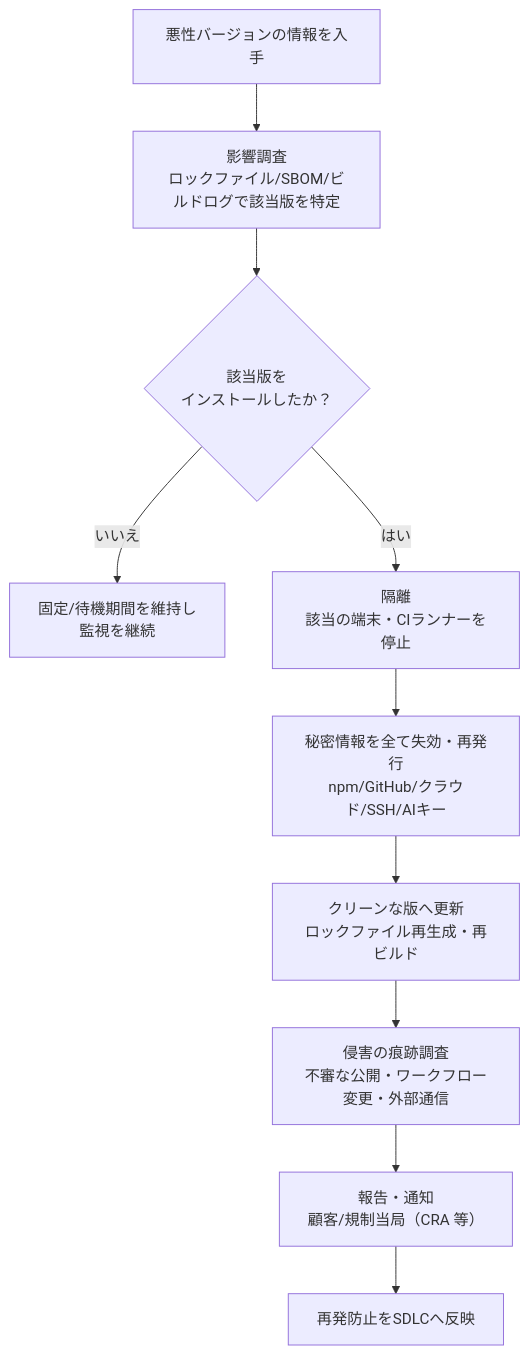
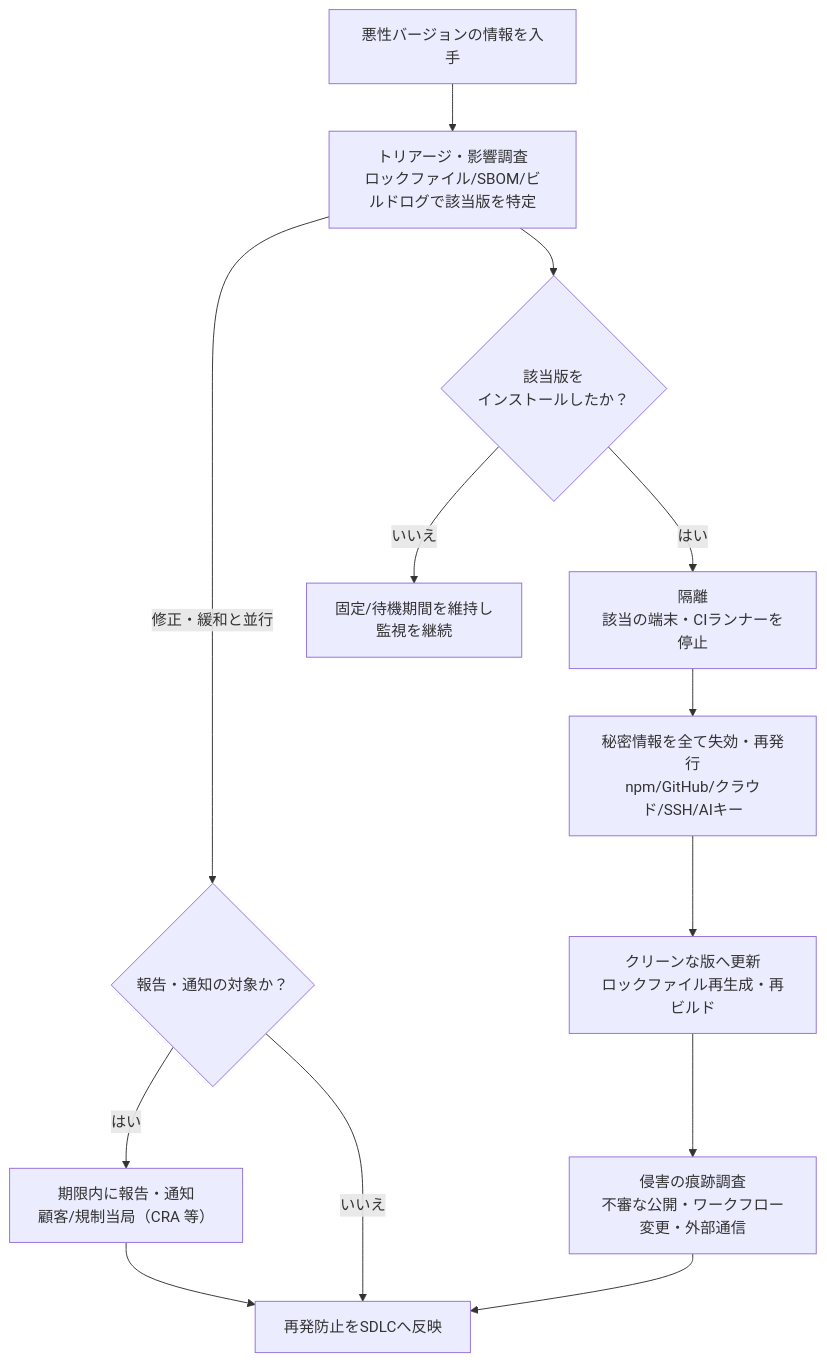
The ninth of 11 diagrams in Software-security-complete-guide-2026-11.md (myoshi2891/Security_Studies), drawn with Mermaid before and after one commit. The commit also changed other lines of this file, not shown here.

Commit message:
docs(software-security): clarify CRA reporting deadlines, NIST IR 8547 PQC timeline, and phishing-resistant MFA

````diff
--- a/Software-security-complete-guide-2026-11.md
+++ b/Software-security-complete-guide-2026-11.md
@@ -760,12 +769,15 @@
 ```mermaid
 flowchart TD
-    A["悪性バージョンの情報を入手"] --> B["影響調査<br/>ロックファイル/SBOM/ビルドログで該当版を特定"]
+    A["悪性バージョンの情報を入手"] --> B["トリアージ・影響調査<br/>ロックファイル/SBOM/ビルドログで該当版を特定"]
+    B -- "修正・緩和と並行" --> RP{"報告・通知の対象か？"}
+    RP -- "はい" --> I["期限内に報告・通知<br/>顧客/規制当局（CRA 等）"]
+    RP -- "いいえ" --> J
     B --> C{"該当版を<br/>インストールしたか？"}
     C -- "いいえ" --> D["固定/待機期間を維持し<br/>監視を継続"]
     C -- "はい" --> E["隔離<br/>該当の端末・CIランナーを停止"]
     E --> F["秘密情報を全て失効・再発行<br/>npm/GitHub/クラウド/SSH/AIキー"]
     F --> G["クリーンな版へ更新<br/>ロックファイル再生成・再ビルド"]
     G --> H["侵害の痕跡調査<br/>不審な公開・ワークフロー変更・外部通信"]
-    H --> I["報告・通知<br/>顧客/規制当局（CRA 等）"]
+    H --> J
     I --> J["再発防止をSDLCへ反映"]
 ```
````
